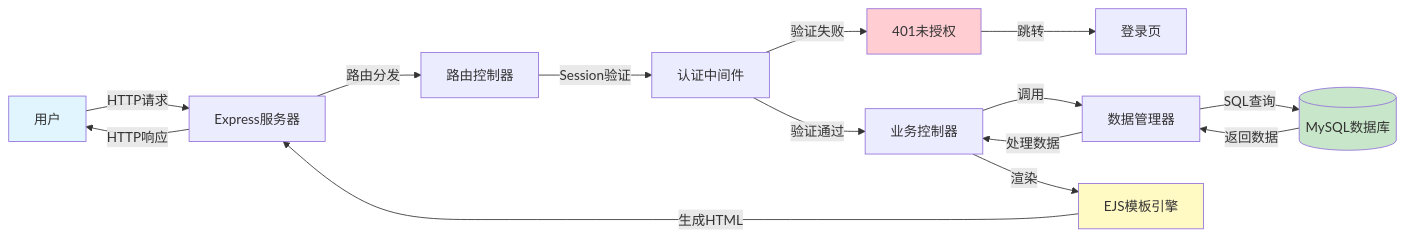
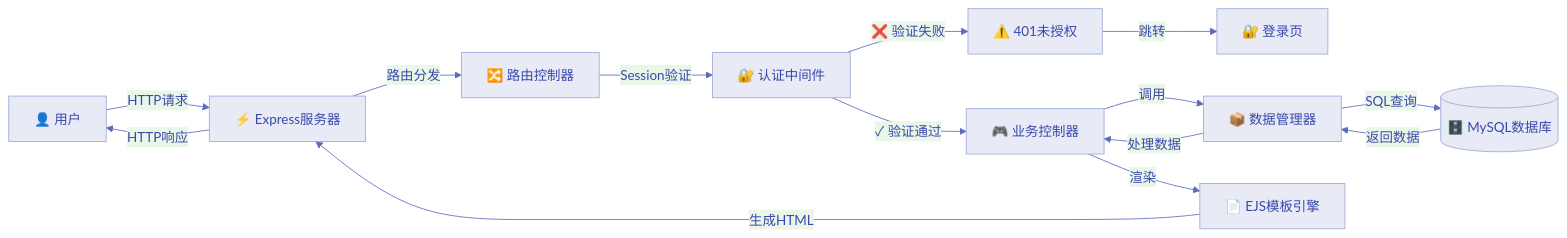
One commit to keyoshoin/movie-website changed diagram 15 of 18 in docs/架构设计.md. Above: the diagram before and after it, drawn with Mermaid. The commit also changed other lines of this file, not shown here.

````diff
--- a/docs/架构设计.md
+++ b/docs/架构设计.md
@@ -645,24 +542,20 @@
 ```mermaid
+%%{init: {'theme': 'base', 'themeVariables': { 'primaryColor': '#e8eaf6', 'primaryTextColor': '#3949ab', 'primaryBorderColor': '#9fa8da', 'lineColor': '#5c6bc0'}}}%%
 flowchart LR
-    User[用户] -->|HTTP请求| Express[Express服务器]
-    Express -->|路由分发| Router[路由控制器]
-    Router -->|Session验证| Middleware[认证中间件]
+    User["👤 用户"] -->|"HTTP请求"| Express["⚡ Express服务器"]
+    Express -->|"路由分发"| Router["🔀 路由控制器"]
+    Router -->|"Session验证"| Middleware["🔐 认证中间件"]
     
-    Middleware -->|验证通过| Controller[业务控制器]
-    Middleware -->|验证失败| Error401[401未授权]
-    Error401 -->|跳转| Login[登录页]
+    Middleware -->|"✓ 验证通过"| Controller["🎮 业务控制器"]
+    Middleware -->|"❌ 验证失败"| Error401["⚠️ 401未授权"]
+    Error401 -->|"跳转"| Login["🔐 登录页"]
     
-    Controller -->|调用| DataManager[数据管理器]
-    DataManager -->|SQL查询| MySQL[(MySQL数据库)]
-    MySQL -->|返回数据| DataManager
-    DataManager -->|处理数据| Controller
+    Controller -->|"调用"| DataManager["📦 数据管理器"]
+    DataManager -->|"SQL查询"| MySQL[("🗄️ MySQL数据库")]
+    MySQL -->|"返回数据"| DataManager
+    DataManager -->|"处理数据"| Controller
     
-    Controller -->|渲染| EJS[EJS模板引擎]
-    EJS -->|生成HTML| Express
-    Express -->|HTTP响应| User
-    
-    style User fill:#e1f5ff
-    style MySQL fill:#c8e6c9
-    style Error401 fill:#ffcdd2
-    style EJS fill:#fff9c4
+    Controller -->|"渲染"| EJS["📄 EJS模板引擎"]
+    EJS -->|"生成HTML"| Express
+    Express -->|"HTTP响应"| User
 ```
````
